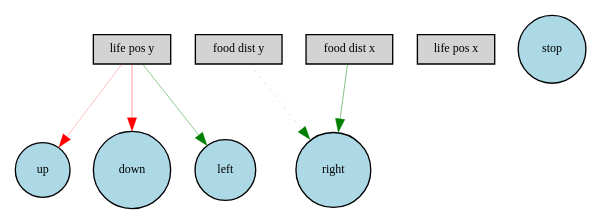
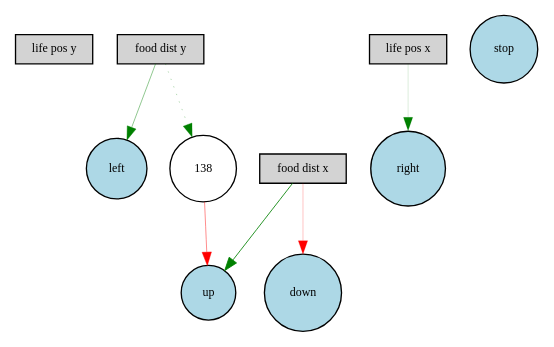
Before and after one commit to Elphiie/NEAT-practice: the diagram in Digraph.gv, drawn with Graphviz. The commit also changed 28 other files, not shown here.

```diff
--- a/Digraph.gv
+++ b/Digraph.gv
@@ -1,17 +1,19 @@
 digraph {
 	node [fontsize=9 height=0.3 shape=circle width=0.3]
 	"life pos y" [fillcolor=lightgray shape=box style=filled]
 	"food dist y" [fillcolor=lightgray shape=box style=filled]
 	"food dist x" [fillcolor=lightgray shape=box style=filled]
 	"life pos x" [fillcolor=lightgray shape=box style=filled]
 	stop [fillcolor=lightblue style=filled]
 	up [fillcolor=lightblue style=filled]
 	down [fillcolor=lightblue style=filled]
 	left [fillcolor=lightblue style=filled]
 	right [fillcolor=lightblue style=filled]
-	"food dist y" -> right [color=green penwidth=0.2187555096392042 style=dotted]
-	"food dist x" -> right [color=green penwidth=0.35755143010553414 style=solid]
-	"life pos y" -> left [color=green penwidth=0.33326390943945583 style=solid]
-	"life pos y" -> up [color=red penwidth=0.19089045852697756 style=solid]
-	"life pos y" -> down [color=red penwidth=0.2941754253105987 style=solid]
+	138 [fillcolor=white style=filled]
+	"food dist y" -> left [color=green penwidth=0.3286033314833513 style=solid]
+	"food dist x" -> up [color=green penwidth=0.6336670095804245 style=solid]
+	"food dist y" -> 138 [color=green penwidth=0.2305368337506146 style=dotted]
+	138 -> up [color=red penwidth=0.3392303803621173 style=solid]
+	"food dist x" -> down [color=red penwidth=0.17679109260218462 style=solid]
+	"life pos x" -> right [color=green penwidth=0.10674256702725347 style=solid]
 }
```
